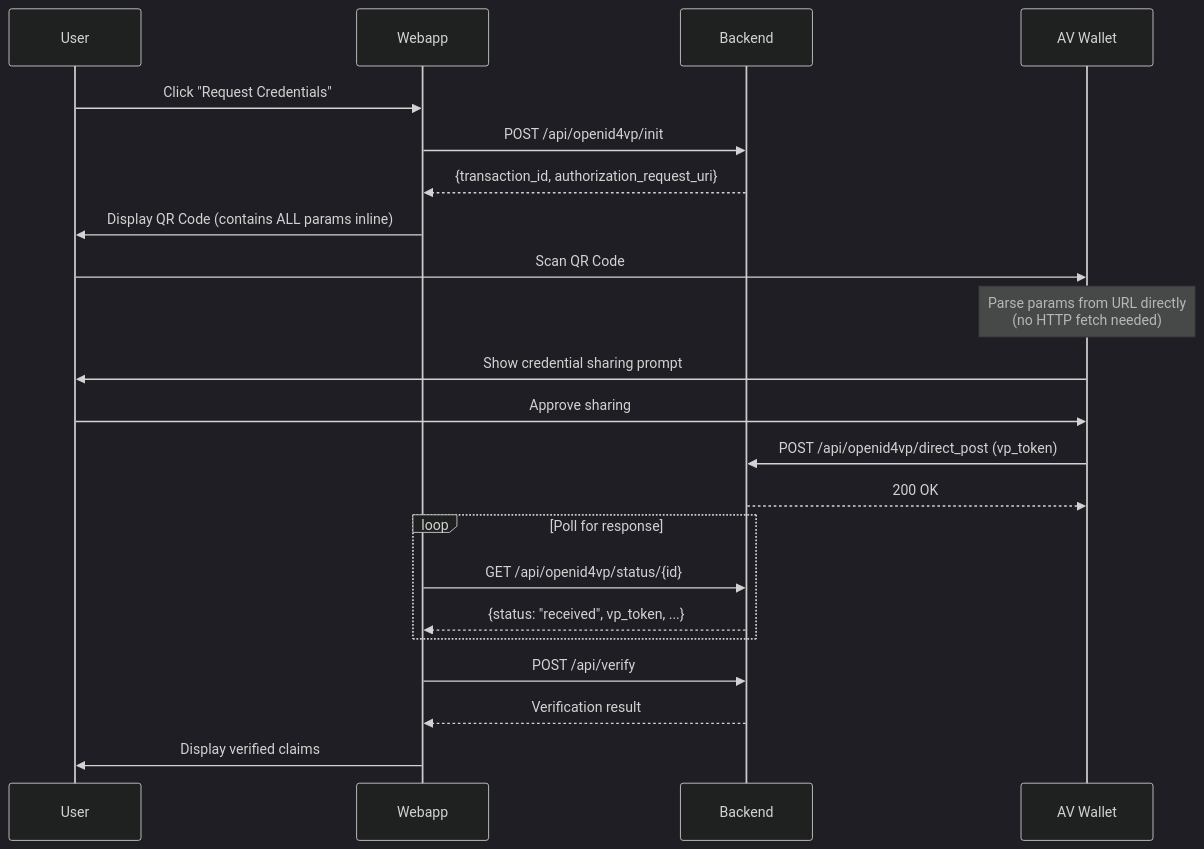
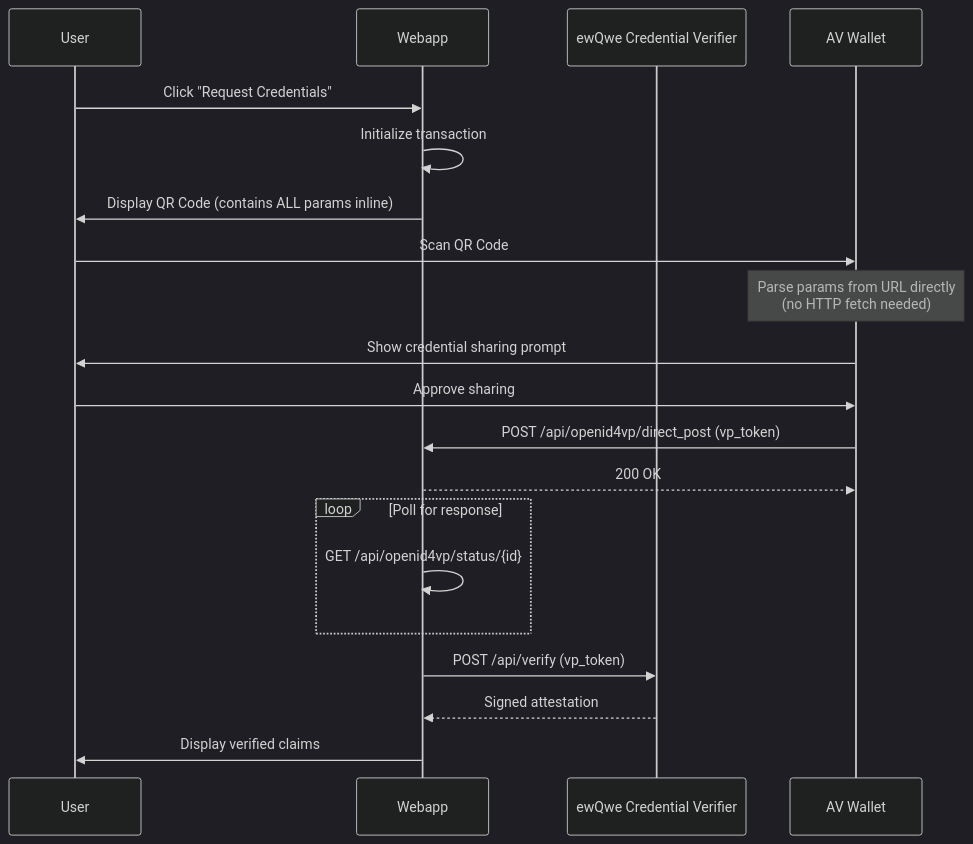
The third of 4 diagrams in documentation/src/demo_webapp.md (rd-ewqwe/ewqwe-identity), drawn with Mermaid (dark theme) before and after one commit. The commit also changed other lines of this file and 4 other files, not shown here.

````diff
--- a/documentation/src/demo_webapp.md
+++ b/documentation/src/demo_webapp.md
@@ -179,28 +169,26 @@
 ```mermaid
 sequenceDiagram
     participant U as User
     participant W as Webapp
-    participant B as Backend
+    participant V as ewQwe Credential Verifier
     participant M as AV Wallet
-    
+
     U->>W: Click "Request Credentials"
-    W->>B: POST /api/openid4vp/init
-    B-->>W: {transaction_id, authorization_request_uri}
+    W->>W: Initialize transaction
     W->>U: Display QR Code (contains ALL params inline)
-    
+
     U->>M: Scan QR Code
     Note over M: Parse params from URL directly<br/>(no HTTP fetch needed)
     M->>U: Show credential sharing prompt
     U->>M: Approve sharing
-    M->>B: POST /api/openid4vp/direct_post (vp_token)
-    B-->>M: 200 OK
-    
+    M->>W: POST /api/openid4vp/direct_post (vp_token)
+    W-->>M: 200 OK
+
     loop Poll for response
-        W->>B: GET /api/openid4vp/status/{id}
-        B-->>W: {status: "received", vp_token, ...}
+        W->>W: GET /api/openid4vp/status/{id}
     end
-    
-    W->>B: POST /api/verify
-    B-->>W: Verification result
+
+    W->>V: POST /api/verify (vp_token)
+    V-->>W: Signed attestation
     W->>U: Display verified claims
 ```
````
